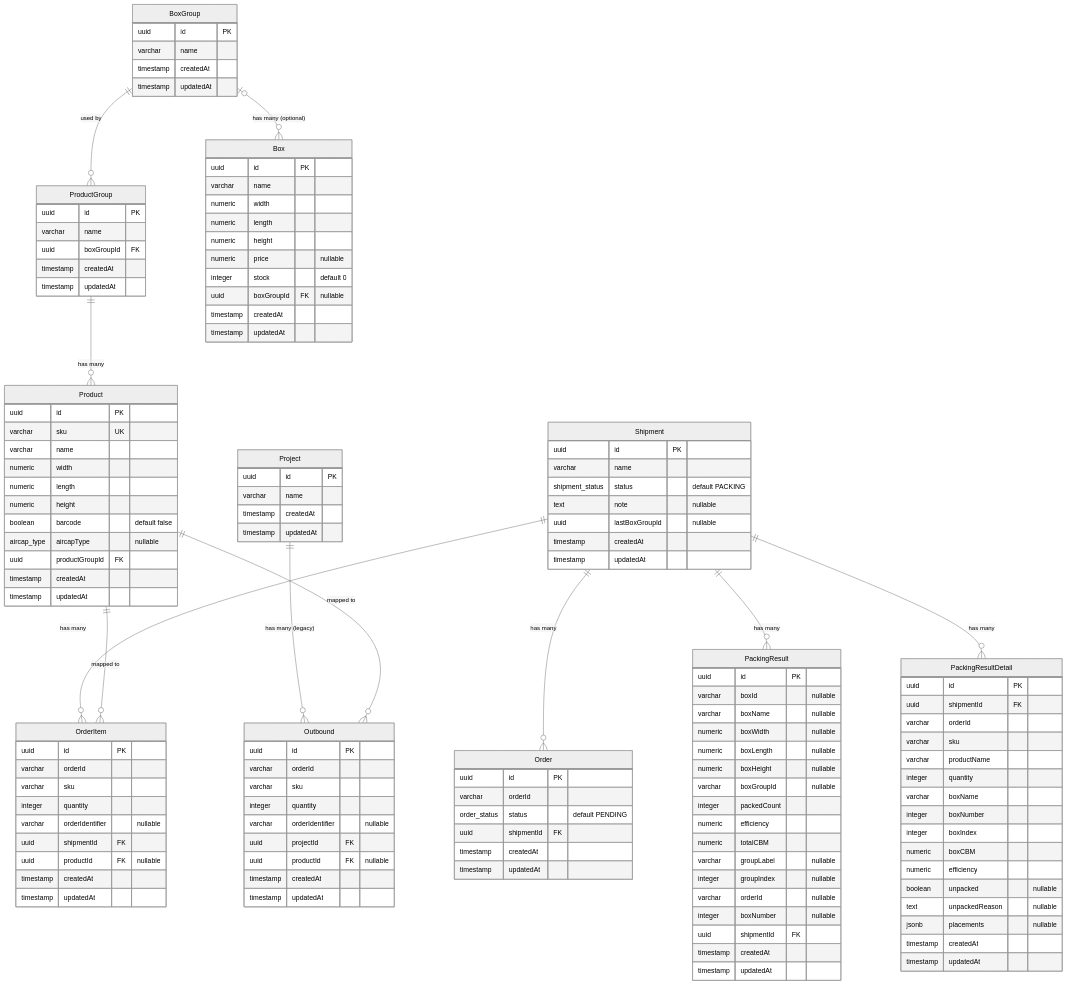
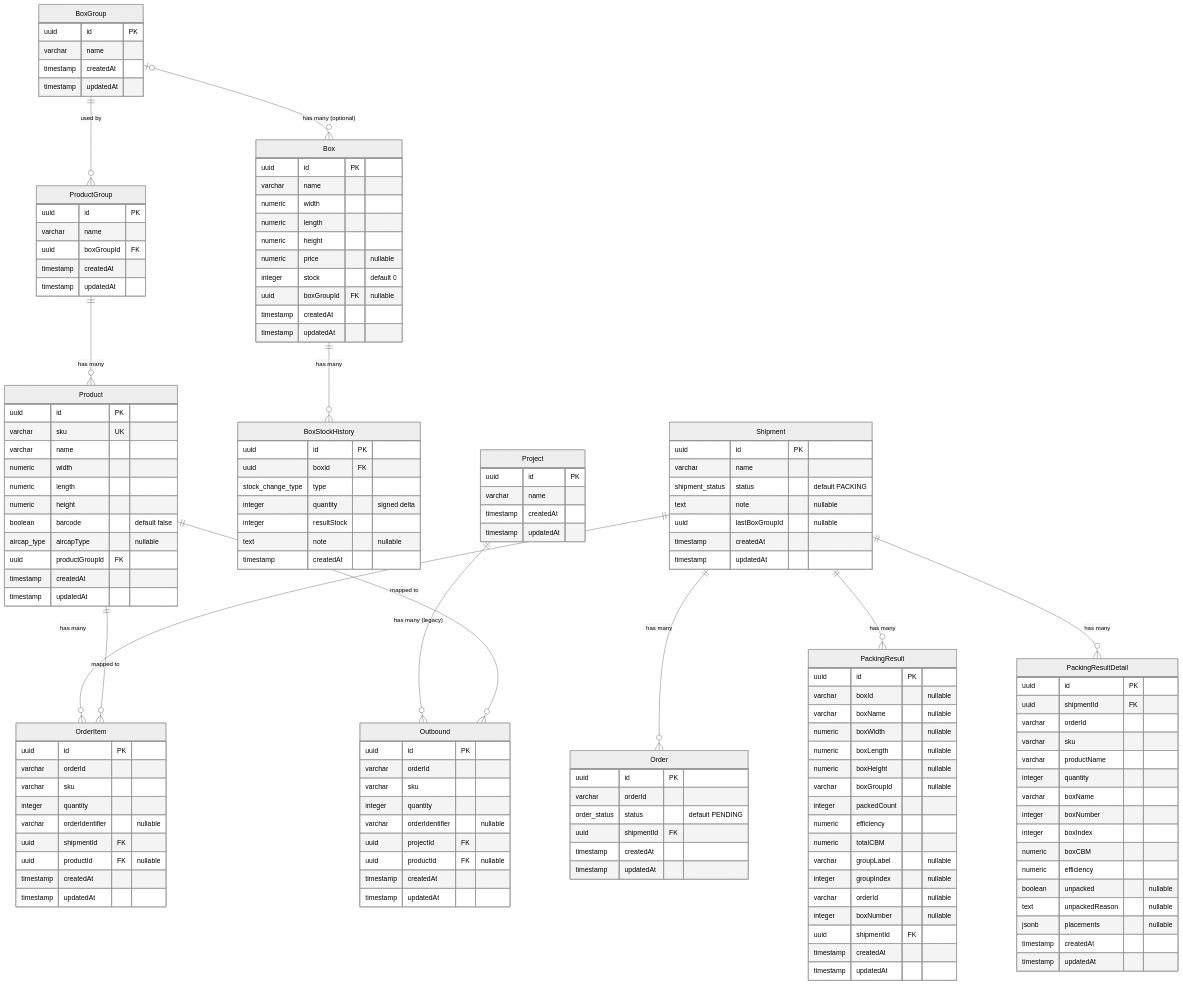
One commit to kangyeop/volume-calculation changed the diagram in docs/db-schema.md. Above: the diagram before and after it, drawn with Mermaid (neutral theme). The commit also changed other lines of this file and 14 other files, not shown here.

First line of the commit message:
feat: 박스 재고 이력(BoxStockHistory) 시스템 추가

```diff
--- a/docs/db-schema.md
+++ b/docs/db-schema.md
@@ -29,6 +29,17 @@
     }
 
     BoxGroup |o--o{ Box : "has many (optional)"
+    Box ||--o{ BoxStockHistory : "has many"
+    BoxStockHistory {
+        uuid id PK
+        uuid boxId FK
+        stock_change_type type
+        integer quantity "signed delta"
+        integer resultStock
+        text note "nullable"
+        timestamp createdAt
+    }
+
     BoxGroup {
         uuid id PK
         varchar name
```
